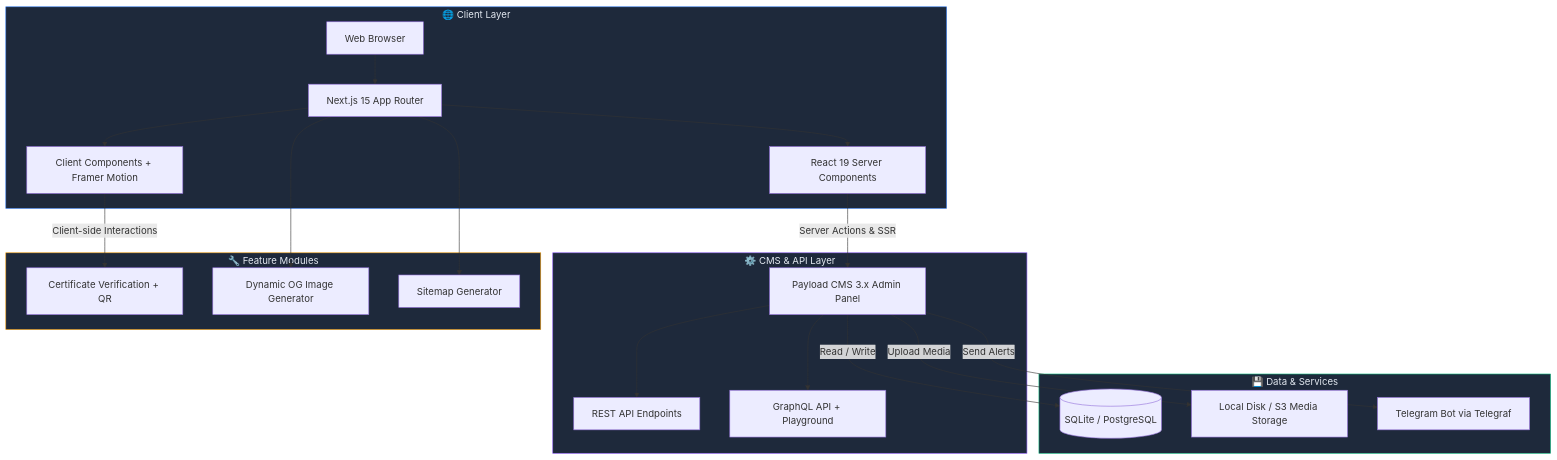
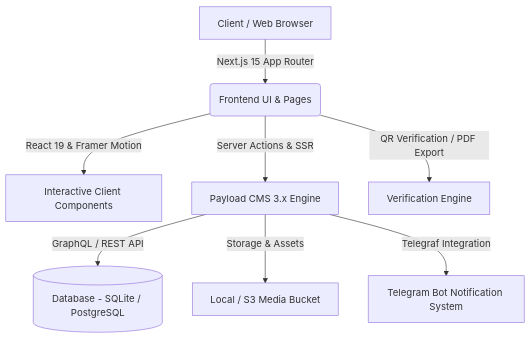
The diagram in README.md (itsmeaj27/codingclub), drawn with Mermaid before and after one commit. The commit also changed other lines of this file, not shown here.

Commit message:
docs: enhance README with animated banner, admin CMS guide, extra badges, and wave footer

````diff
--- a/README.md
+++ b/README.md
@@ -184,41 +99,10 @@
 ```mermaid
-graph TB
-    subgraph CLIENT["🌐 Client Layer"]
-        A[Web Browser] --> B[Next.js 15 App Router]
-        B --> C[React 19 Server Components]
-        B --> D[Client Components + Framer Motion]
-    end
-
-    subgraph CMS["⚙️ CMS & API Layer"]
-        E[Payload CMS 3.x Admin Panel]
-        F[REST API Endpoints]
-        G[GraphQL API + Playground]
-    end
-
-    subgraph DATA["💾 Data & Services"]
-        H[(SQLite / PostgreSQL)]
-        I[Local Disk / S3 Media Storage]
-        J[Telegram Bot via Telegraf]
-    end
-
-    subgraph FEATURES["🔧 Feature Modules"]
-        K[Certificate Verification + QR]
-        L[Dynamic OG Image Generator]
-        M[Sitemap Generator]
-    end
-
-    C -->|Server Actions & SSR| E
-    D -->|Client-side Interactions| K
-    E --> F
-    E --> G
-    E -->|Read / Write| H
-    E -->|Upload Media| I
-    E -->|Send Alerts| J
-    B --> L
-    B --> M
-
-    style CLIENT fill:#1e293b,stroke:#3b82f6,color:#e2e8f0
-    style CMS fill:#1e293b,stroke:#8b5cf6,color:#e2e8f0
-    style DATA fill:#1e293b,stroke:#10b981,color:#e2e8f0
-    style FEATURES fill:#1e293b,stroke:#f59e0b,color:#e2e8f0
+graph TD
+    A[Client / Web Browser] -->|Next.js 15 App Router| B(Frontend UI & Pages)
+    B -->|React 19 & Framer Motion| C[Interactive Client Components]
+    B -->|Server Actions & SSR| D[Payload CMS 3.x Engine]
+    D -->|GraphQL / REST API| E[(Database - SQLite / PostgreSQL)]
+    D -->|Storage & Assets| F[Local / S3 Media Bucket]
+    D -->|Telegraf Integration| G[Telegram Bot Notification System]
+    B -->|QR Verification / PDF Export| H[Verification Engine]
 ```
````
